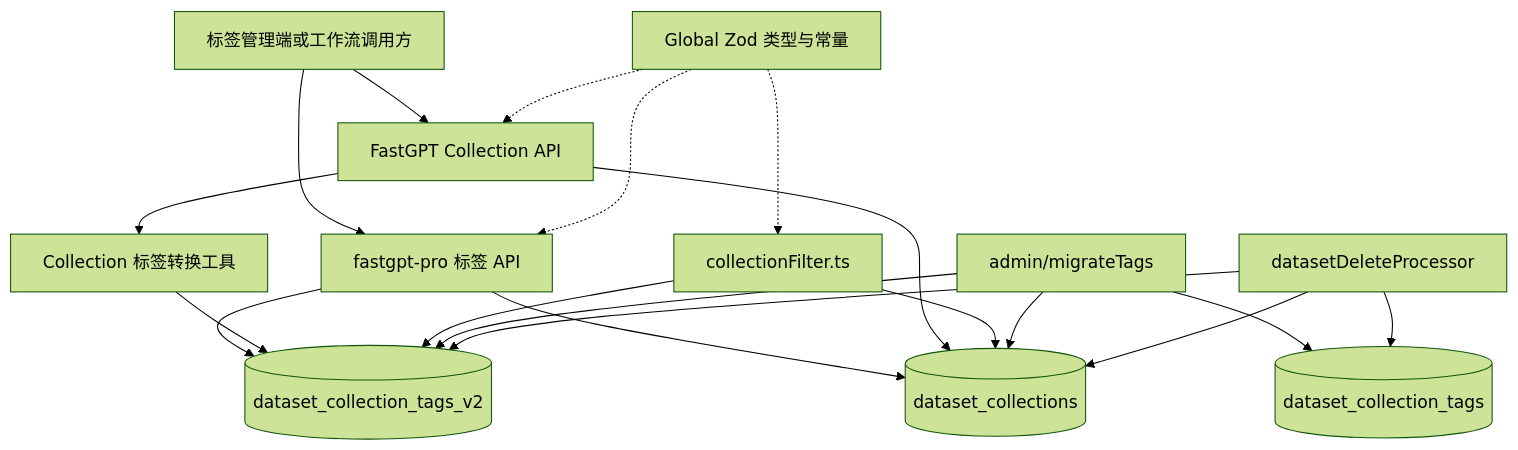
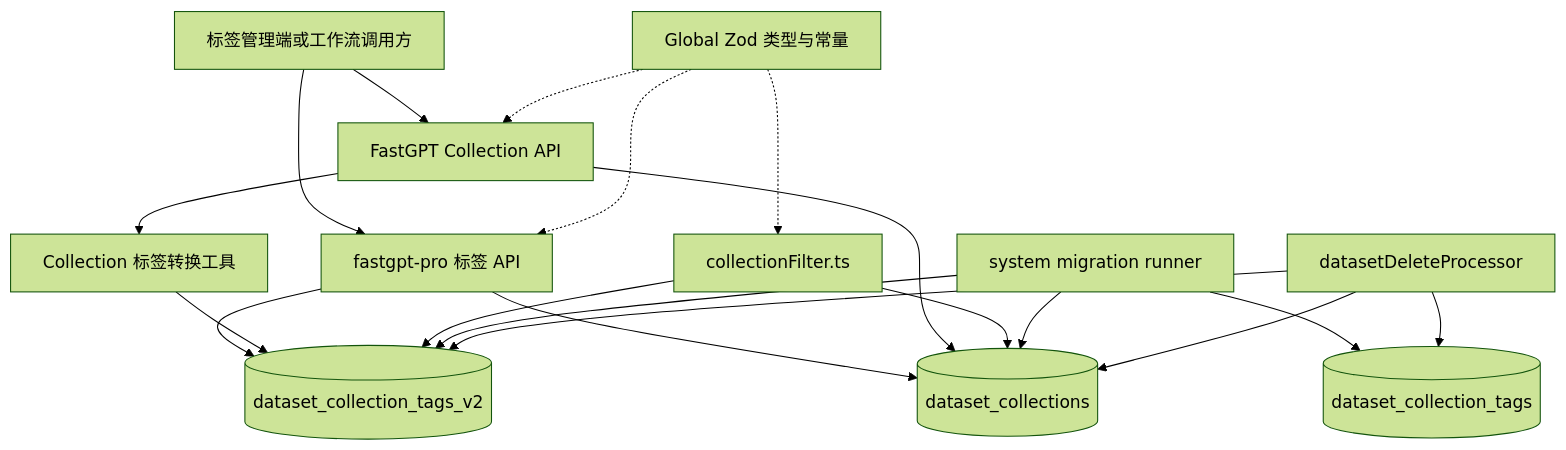
One commit to labring/FastGPT changed the first of 4 diagrams in .agents/design/知识库标签-设计文档.md. Above: the diagram before and after it, drawn with Mermaid (forest theme). The commit also changed other lines of this file and 113 other files, not shown here.

````diff
--- a/.agents/design/知识库标签-设计文档.md
+++ b/.agents/design/知识库标签-设计文档.md
@@ -80,33 +80,33 @@
 ```mermaid
 flowchart TD
   Client[标签管理端或工作流调用方]
   ProAPI[fastgpt-pro 标签 API]
   CollectionAPI[FastGPT Collection API]
   Search[collectionFilter.ts]
-  Migration[admin/migrateTags]
+  Migration[system migration runner]
   Delete[datasetDeleteProcessor]
   Utils[Collection 标签转换工具]
   V2[(dataset_collection_tags_v2)]
   V1[(dataset_collection_tags)]
   Collections[(dataset_collections)]
   Types[Global Zod 类型与常量]
 
   Client --> ProAPI
   Client --> CollectionAPI
   ProAPI --> V2
   ProAPI --> Collections
   CollectionAPI --> Utils
   Utils --> V2
   CollectionAPI --> Collections
   Search --> V2
   Search --> Collections
   Migration --> V1
   Migration --> V2
   Migration --> Collections
   Delete --> V2
   Delete --> V1
   Delete --> Collections
   Types -.-> ProAPI
   Types -.-> CollectionAPI
   Types -.-> Search
 ```
````
